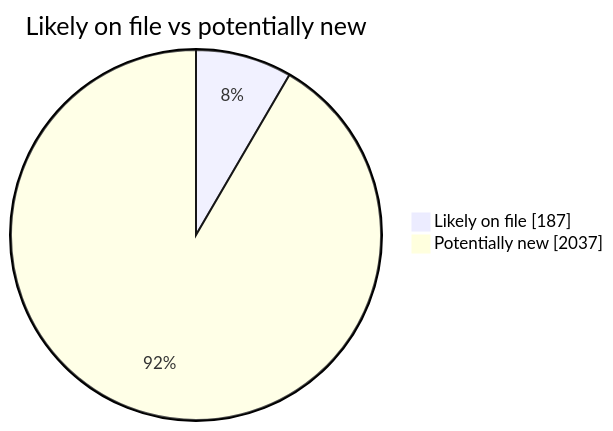
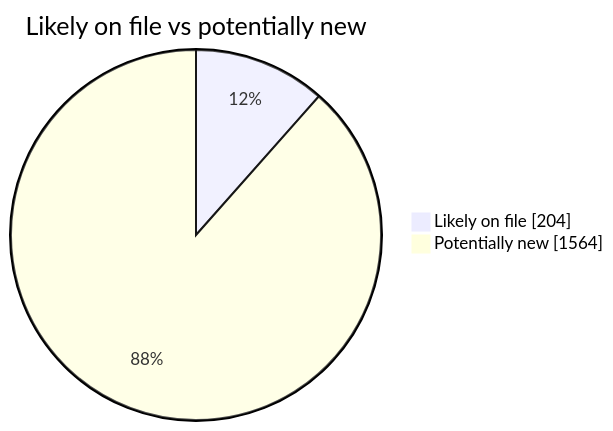
The second of 4 diagrams in README.md (martinbalfanz/social-scanner-reports), drawn with Mermaid before and after one commit. The commit also changed other lines of this file and 6 other files, not shown here.

````diff
--- a/README.md
+++ b/README.md
@@ -40,5 +40,5 @@
 ```mermaid
 pie showData title Likely on file vs potentially new
-    "Likely on file" : 187
-    "Potentially new" : 2037
+    "Likely on file" : 204
+    "Potentially new" : 1564
 ```
````
